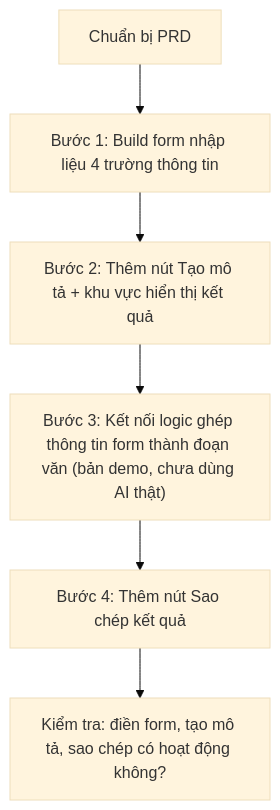
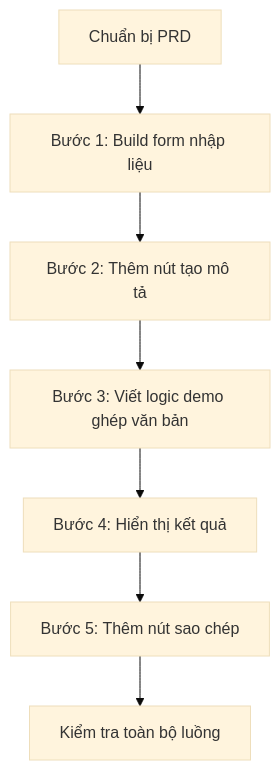
Before and after one commit to AlanKhan145/course-knowledge-base: the second of 2 diagrams in khoa-hoc-vibe-coding-co-ban/Module 05 - Thuc Hanh Du An Vibe Code/15-build-app-soan-van-ban.md, drawn with Mermaid (base theme). The commit also changed other lines of this file and 19 other files, not shown here.

````diff
--- a/khoa-hoc-vibe-coding-co-ban/Module 05 - Thuc Hanh Du An Vibe Code/15-build-app-soan-van-ban.md
+++ b/khoa-hoc-vibe-coding-co-ban/Module 05 - Thuc Hanh Du An Vibe Code/15-build-app-soan-van-ban.md
@@ -61,8 +116,9 @@
 ```mermaid
 flowchart TD
-    A["Chuẩn bị PRD"] --> B["Bước 1: Build form nhập liệu 4 trường thông tin"]
-    B --> C["Bước 2: Thêm nút Tạo mô tả + khu vực hiển thị kết quả"]
-    C --> D["Bước 3: Kết nối logic ghép thông tin form thành đoạn văn (bản demo, chưa dùng AI thật)"]
-    D --> E["Bước 4: Thêm nút Sao chép kết quả"]
-    E --> F["Kiểm tra: điền form, tạo mô tả, sao chép có hoạt động không?"]
+    A["Chuẩn bị PRD"] --> B["Bước 1: Build form nhập liệu"]
+    B --> C["Bước 2: Thêm nút tạo mô tả"]
+    C --> D["Bước 3: Viết logic demo ghép văn bản"]
+    D --> E["Bước 4: Hiển thị kết quả"]
+    E --> F["Bước 5: Thêm nút sao chép"]
+    F --> G["Kiểm tra toàn bộ luồng"]
 ```
````
